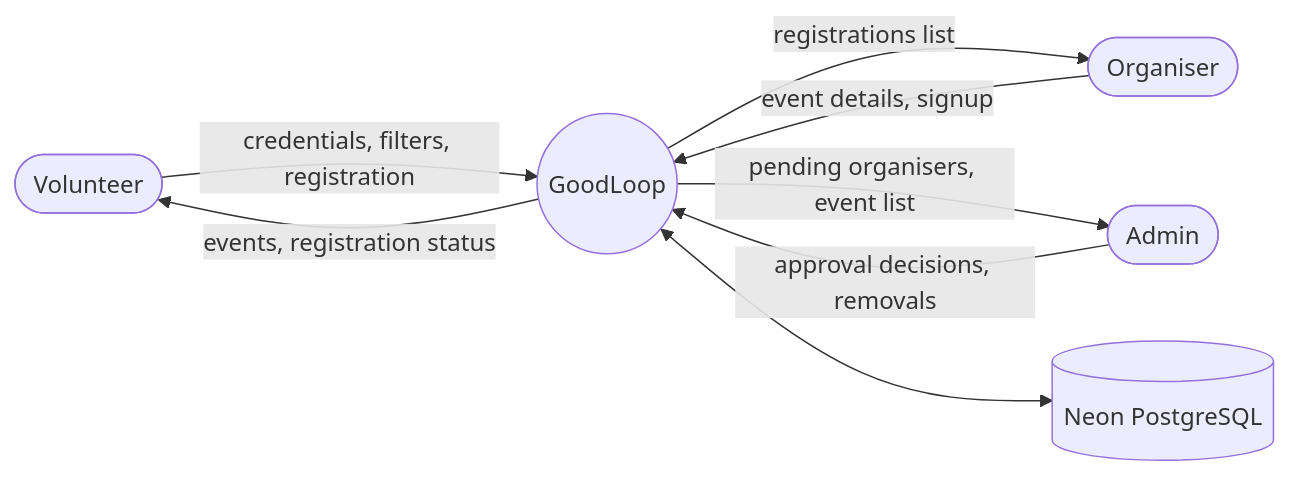
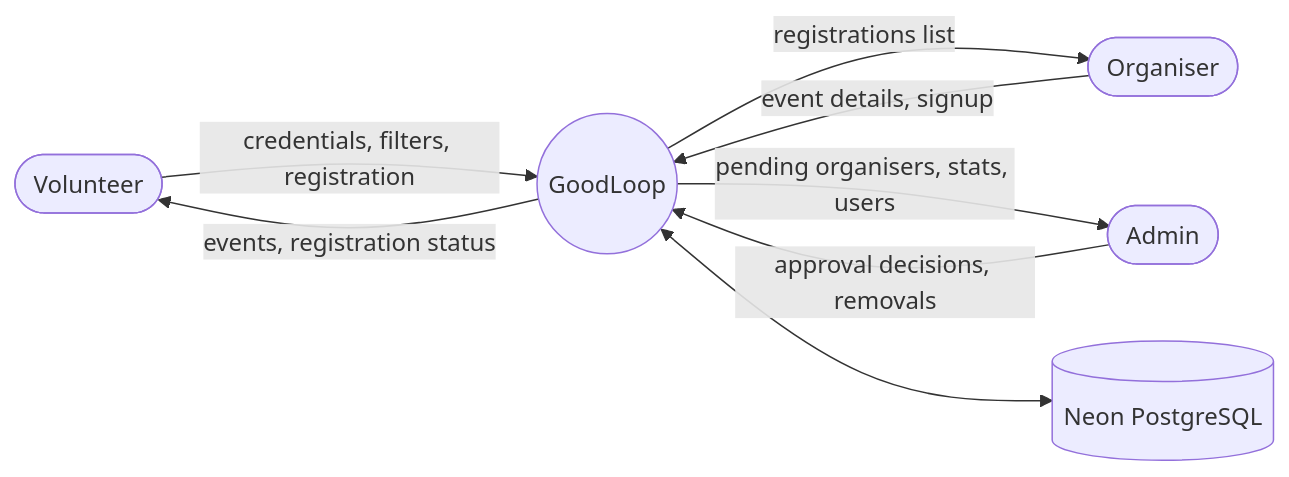
The third of 8 diagrams in docs/PROJECT_REPORT.md (Saransh-Jainbu/goodloop), drawn with Mermaid before and after one commit. The commit also changed other lines of this file, not shown here.

Commit message:
Report: update for registrations, maps, admin stats, profile, design refresh, tests and organisations plan

````diff
--- a/docs/PROJECT_REPORT.md
+++ b/docs/PROJECT_REPORT.md
@@ -117,10 +126,10 @@
 ```mermaid
 flowchart LR
     V([Volunteer]) -- credentials, filters, registration --> S((GoodLoop))
     S -- events, registration status --> V
     O([Organiser]) -- event details, signup --> S
     S -- registrations list --> O
     A([Admin]) -- approval decisions, removals --> S
-    S -- pending organisers, event list --> A
+    S -- pending organisers, stats, users --> A
     S <--> D[(Neon PostgreSQL)]
 ```
````
